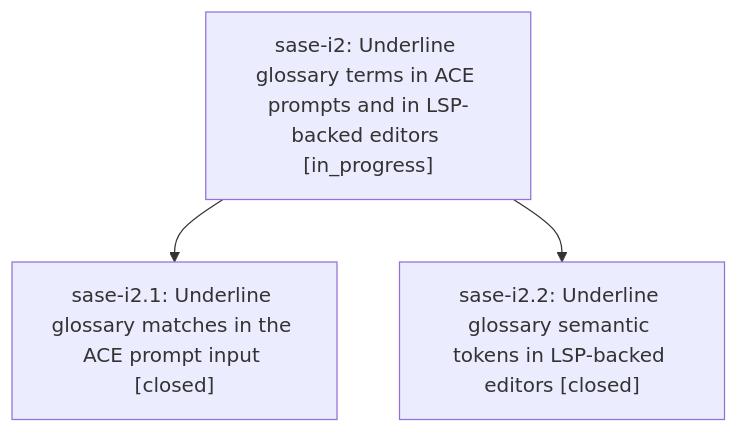
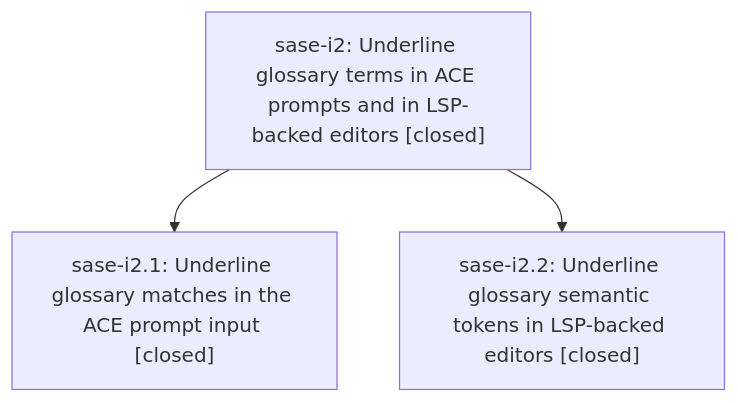
The diagram in pages/sase-i2/README.md (sase-org/sase--beads), drawn with Mermaid before and after one commit. The commit also changed other lines of this file and 2 other files, not shown here.

First line of the commit message:
chore(beads): sync bead state and pages for sase-i2

````diff
--- a/pages/sase-i2/README.md
+++ b/pages/sase-i2/README.md
@@ -23,8 +29,8 @@
 ```mermaid
 flowchart TD
-    n0["sase-i2: Underline glossary terms in ACE prompts and in LSP-backed editors [in_progress]"]
+    n0["sase-i2: Underline glossary terms in ACE prompts and in LSP-backed editors [closed]"]
     n1["sase-i2.1: Underline glossary matches in the ACE prompt input [closed]"]
     n2["sase-i2.2: Underline glossary semantic tokens in LSP-backed editors [closed]"]
     n0 --> n1
     n0 --> n2
 ```
````
